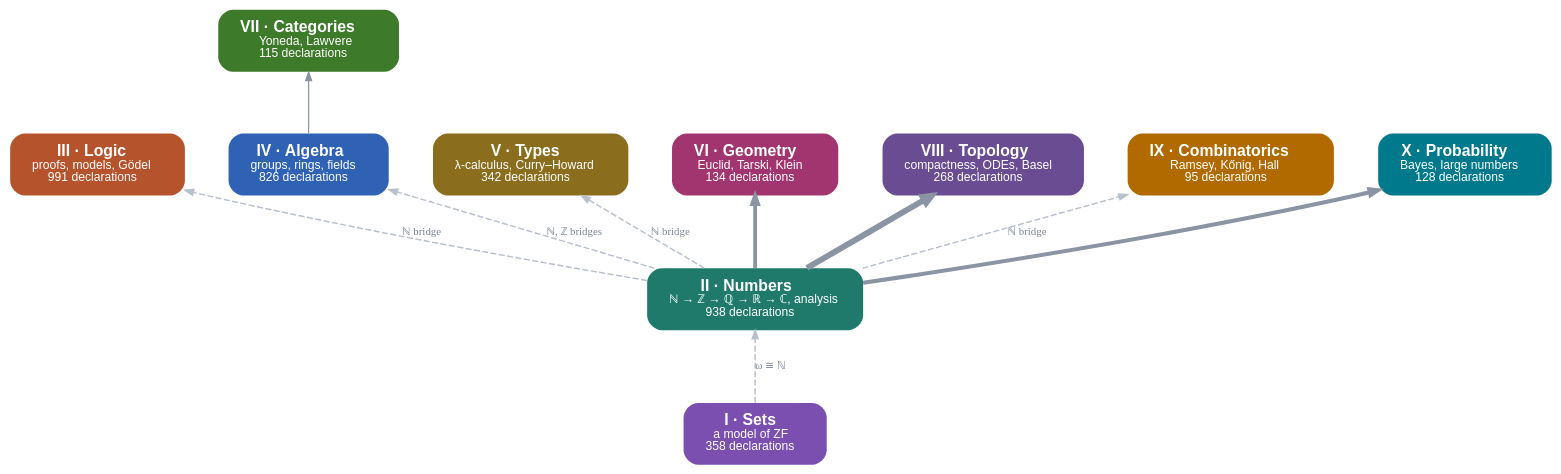
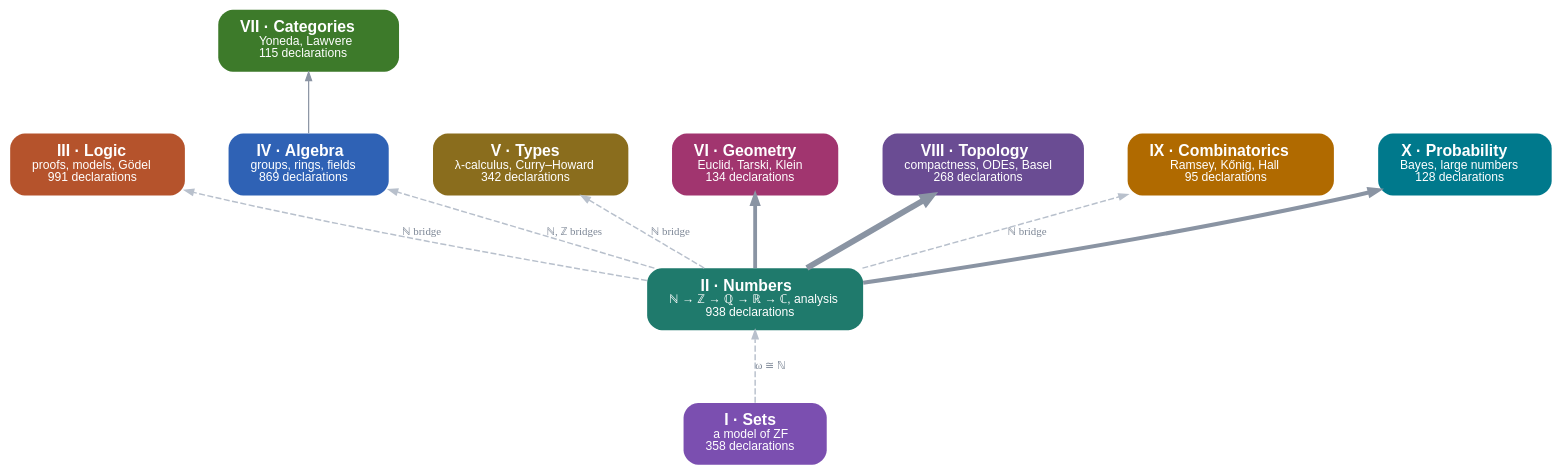
Before and after one commit to damianspendel/foundations: the diagram in site/dist/parts.dot, drawn with Graphviz. The commit also changed 12 other files, not shown here.

```diff
--- a/site/dist/parts.dot
+++ b/site/dist/parts.dot
@@ -1,24 +1,24 @@
 digraph parts {
 rankdir=BT; bgcolor="transparent"; nodesep=0.5; ranksep=0.7;
 node [shape=box, style="rounded,filled", fontname="Helvetica", fontsize=13, penwidth=0, margin="0.25,0.12"];
 edge [color="#8a94a3", arrowsize=0.7];
 "Sets" [label=<<b>I · Sets</b><br/><font point-size="10">a model of ZF<br/>358 declarations</font>>, fillcolor="#7b4fb0", fontcolor="white"];
 "Numbers" [label=<<b>II · Numbers</b><br/><font point-size="10">ℕ → ℤ → ℚ → ℝ → ℂ, analysis<br/>938 declarations</font>>, fillcolor="#1f7a6c", fontcolor="white"];
 "Logic" [label=<<b>III · Logic</b><br/><font point-size="10">proofs, models, Gödel<br/>991 declarations</font>>, fillcolor="#b5532c", fontcolor="white"];
-"Algebra" [label=<<b>IV · Algebra</b><br/><font point-size="10">groups, rings, fields<br/>826 declarations</font>>, fillcolor="#2f62b5", fontcolor="white"];
+"Algebra" [label=<<b>IV · Algebra</b><br/><font point-size="10">groups, rings, fields<br/>869 declarations</font>>, fillcolor="#2f62b5", fontcolor="white"];
 "Types" [label=<<b>V · Types</b><br/><font point-size="10">λ-calculus, Curry–Howard<br/>342 declarations</font>>, fillcolor="#8a6d1d", fontcolor="white"];
 "Geometry" [label=<<b>VI · Geometry</b><br/><font point-size="10">Euclid, Tarski, Klein<br/>134 declarations</font>>, fillcolor="#a1356f", fontcolor="white"];
 "Categories" [label=<<b>VII · Categories</b><br/><font point-size="10">Yoneda, Lawvere<br/>115 declarations</font>>, fillcolor="#3d7a2a", fontcolor="white"];
 "Topology" [label=<<b>VIII · Topology</b><br/><font point-size="10">compactness, ODEs, Basel<br/>268 declarations</font>>, fillcolor="#6a4c93", fontcolor="white"];
 "Combinatorics" [label=<<b>IX · Combinatorics</b><br/><font point-size="10">Ramsey, Kőnig, Hall<br/>95 declarations</font>>, fillcolor="#b06a00", fontcolor="white"];
 "Probability" [label=<<b>X · Probability</b><br/><font point-size="10">Bayes, large numbers<br/>128 declarations</font>>, fillcolor="#00798c", fontcolor="white"];
 "Algebra" -> "Categories" [penwidth=1.00, tooltip="23 uses of Algebra in Categories"];
 "Numbers" -> "Geometry" [penwidth=3.14, tooltip="3189 uses of Numbers in Geometry"];
 "Numbers" -> "Probability" [penwidth=3.31, tooltip="3662 uses of Numbers in Probability"];
 "Numbers" -> "Topology" [penwidth=4.80, tooltip="9279 uses of Numbers in Topology"];
 "Sets" -> "Numbers" [style=dashed, color="#b8c0cc", penwidth=1.2, label=<<font point-size="9" color="#7d8796">ω ≅ ℕ</font>>];
 "Numbers" -> "Logic" [style=dashed, color="#b8c0cc", penwidth=1.2, label=<<font point-size="9" color="#7d8796">ℕ bridge</font>>];
 "Numbers" -> "Algebra" [style=dashed, color="#b8c0cc", penwidth=1.2, label=<<font point-size="9" color="#7d8796">ℕ, ℤ bridges</font>>];
 "Numbers" -> "Types" [style=dashed, color="#b8c0cc", penwidth=1.2, label=<<font point-size="9" color="#7d8796">ℕ bridge</font>>];
 "Numbers" -> "Combinatorics" [style=dashed, color="#b8c0cc", penwidth=1.2, label=<<font point-size="9" color="#7d8796">ℕ bridge</font>>];
 }
```
